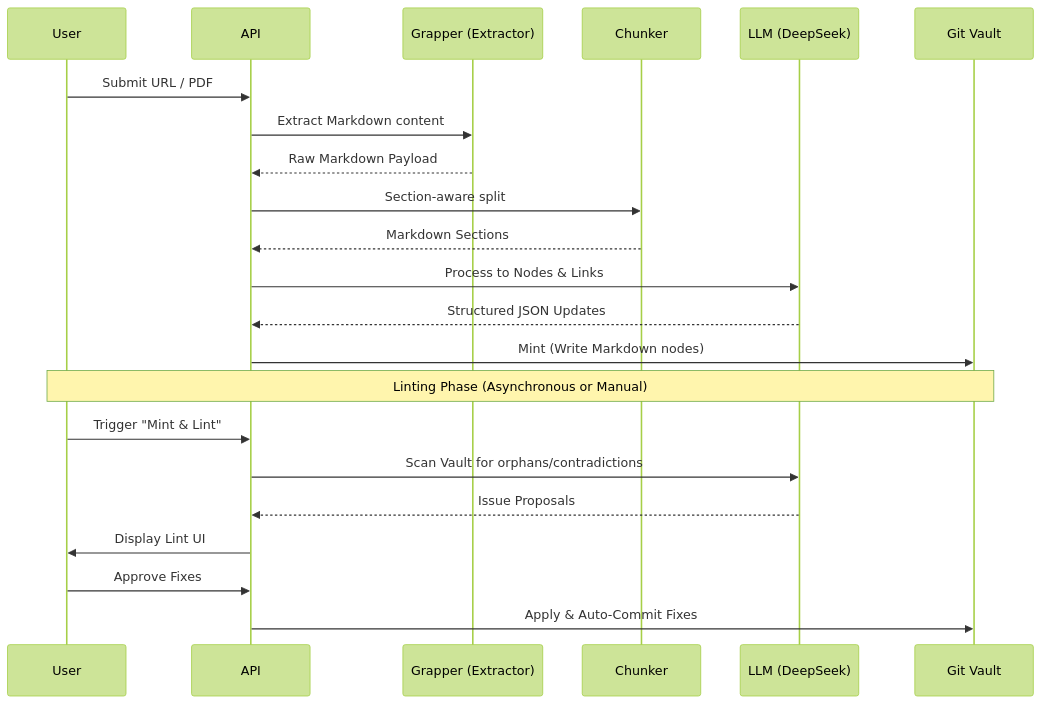
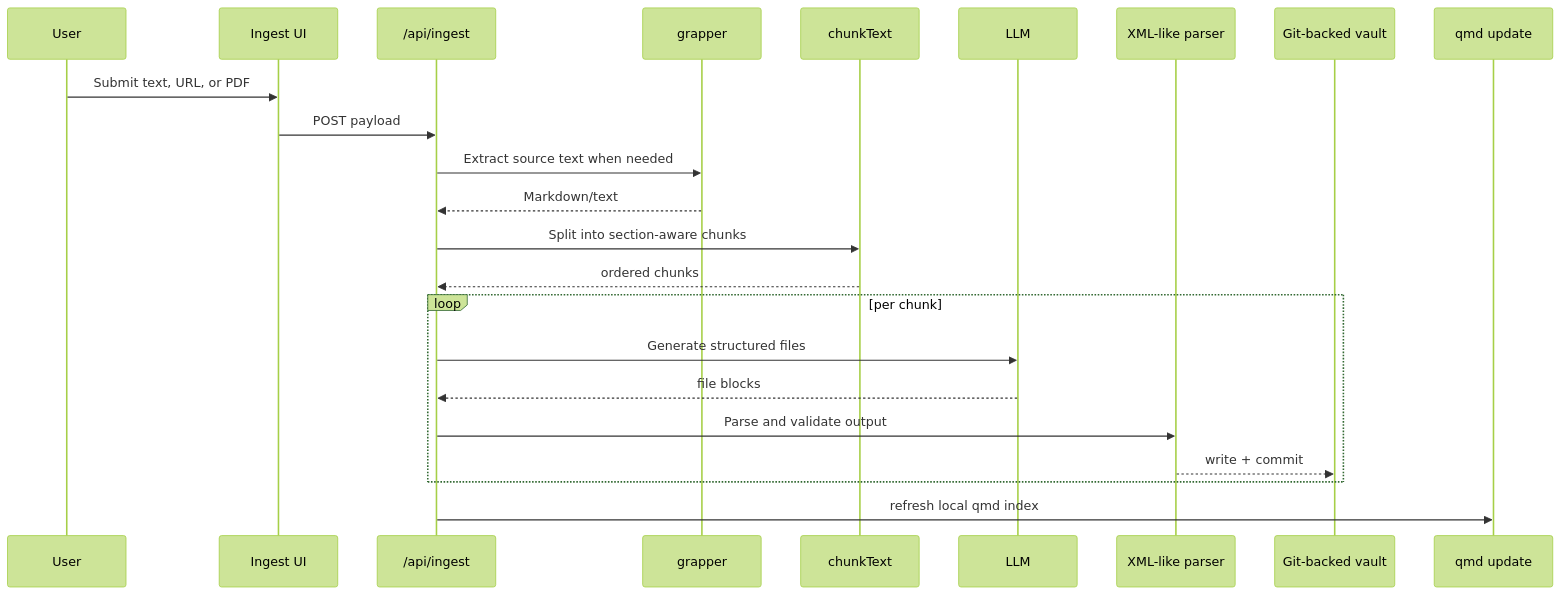
Before and after one commit to h01t/braniac: the second of 4 diagrams in docs/Architecture_and_Workflow.md, drawn with Mermaid (forest theme). The commit also changed other lines of this file and 25 other files, not shown here.

````diff
--- a/docs/Architecture_and_Workflow.md
+++ b/docs/Architecture_and_Workflow.md
@@ -54,27 +37,26 @@
 ```mermaid
 sequenceDiagram
-    participant U as User
-    participant A as API
-    participant G as Grapper (Extractor)
-    participant C as Chunker
-    participant L as LLM (DeepSeek)
-    participant V as Git Vault
-    
-    U->>A: Submit URL / PDF
-    A->>G: Extract Markdown content
-    G-->>A: Raw Markdown Payload
-    A->>C: Section-aware split
-    C-->>A: Markdown Sections
-    A->>L: Process to Nodes & Links
-    L-->>A: Structured JSON Updates
-    A->>V: Mint (Write Markdown nodes)
-    
-    Note over U, V: Linting Phase (Asynchronous or Manual)
-    
-    U->>A: Trigger "Mint & Lint"
-    A->>L: Scan Vault for orphans/contradictions
-    L-->>A: Issue Proposals
-    A->>U: Display Lint UI
-    U->>A: Approve Fixes
-    A->>V: Apply & Auto-Commit Fixes
+    participant User
+    participant UI as Ingest UI
+    participant API as /api/ingest
+    participant Extract as grapper
+    participant Chunk as chunkText
+    participant Model as LLM
+    participant Parse as XML-like parser
+    participant Vault as Git-backed vault
+    participant Index as qmd update
+
+    User->>UI: Submit text, URL, or PDF
+    UI->>API: POST payload
+    API->>Extract: Extract source text when needed
+    Extract-->>API: Markdown/text
+    API->>Chunk: Split into section-aware chunks
+    Chunk-->>API: ordered chunks
+    loop per chunk
+      API->>Model: Generate structured files
+      Model-->>API: file blocks
+      API->>Parse: Parse and validate output
+      Parse-->>Vault: write + commit
+    end
+    API->>Index: refresh local qmd index
 ```
````
